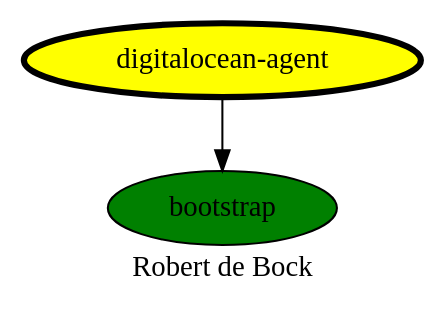
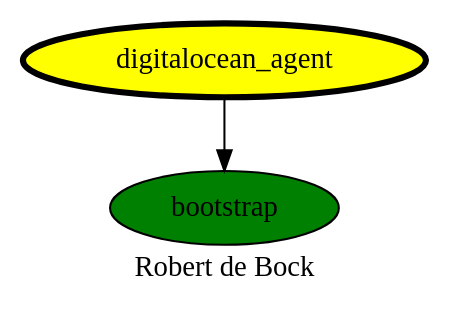
The diagram in digitalocean-agent.dot (robertdebock/drawings), drawn with Graphviz before and after one commit. The commit also changed 4 other files, not shown here.

```diff
--- a/digitalocean-agent.dot
+++ b/digitalocean-agent.dot
@@ -1,9 +1,9 @@
 digraph PhiloDilemma {
   label = "Robert de Bock" ;
   overlap=false
   {
     bootstrap [fillcolor=green style=filled]
-    "digitalocean-agent" [fillcolor=yellow style=filled penwidth=3]
+    "digitalocean_agent" [fillcolor=yellow style=filled penwidth=3]
   }
-  "digitalocean-agent" -> bootstrap
+  "digitalocean_agent" -> bootstrap
 }
```
